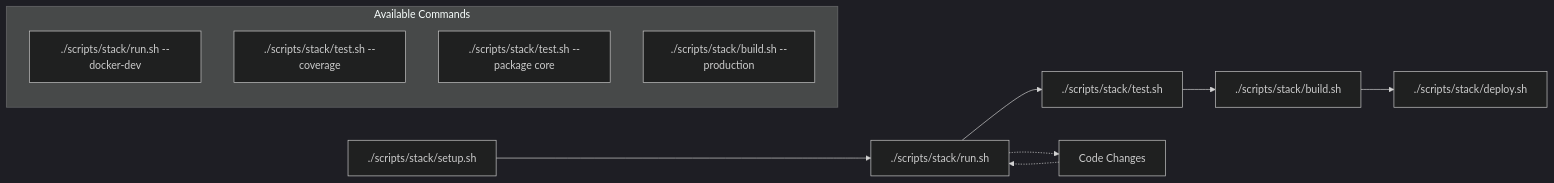
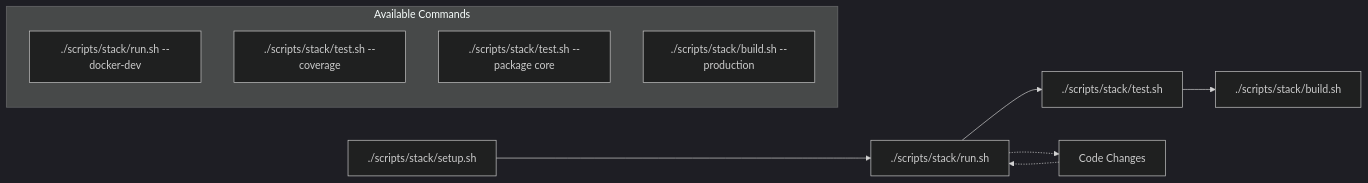
Diagram 12 of 13 in docs/detailed-overview.md (GraphDone/GraphDone-Core), drawn with Mermaid (dark theme) before and after one commit. The commit also changed 2 other files, not shown here.

Commit message:
chore: remove the placeholder deploy script
scripts/stack/deploy.sh ran ./start build and then only printed
"Deployed to production" and https://graphdone.app, a domain GraphDone
does not use. It is the script-side twin of the placeholder deploy
workflow removed in 988e394, whose leftover GitHub deployments (88, all
failed) and empty staging/production environments were deleted today.
The hosted site, graphdone.com, deploys from its own repository.

````diff
--- a/docs/detailed-overview.md
+++ b/docs/detailed-overview.md
@@ -505,17 +505,16 @@
 ```mermaid
 graph LR
     START[./scripts/stack/setup.sh] --> DEV[./scripts/stack/run.sh]
     DEV --> TEST[./scripts/stack/test.sh]
     TEST --> BUILD[./scripts/stack/build.sh]
-    BUILD --> DEPLOY[./scripts/stack/deploy.sh]
     
     DEV -.-> CODE[Code Changes]
     CODE -.-> DEV
     
     subgraph "Available Commands"
         RUN1[./scripts/stack/run.sh --docker-dev]
         RUN2[./scripts/stack/test.sh --coverage]
         RUN3[./scripts/stack/test.sh --package core]
         BUILD1[./scripts/stack/build.sh --production]
     end
 ```
````
